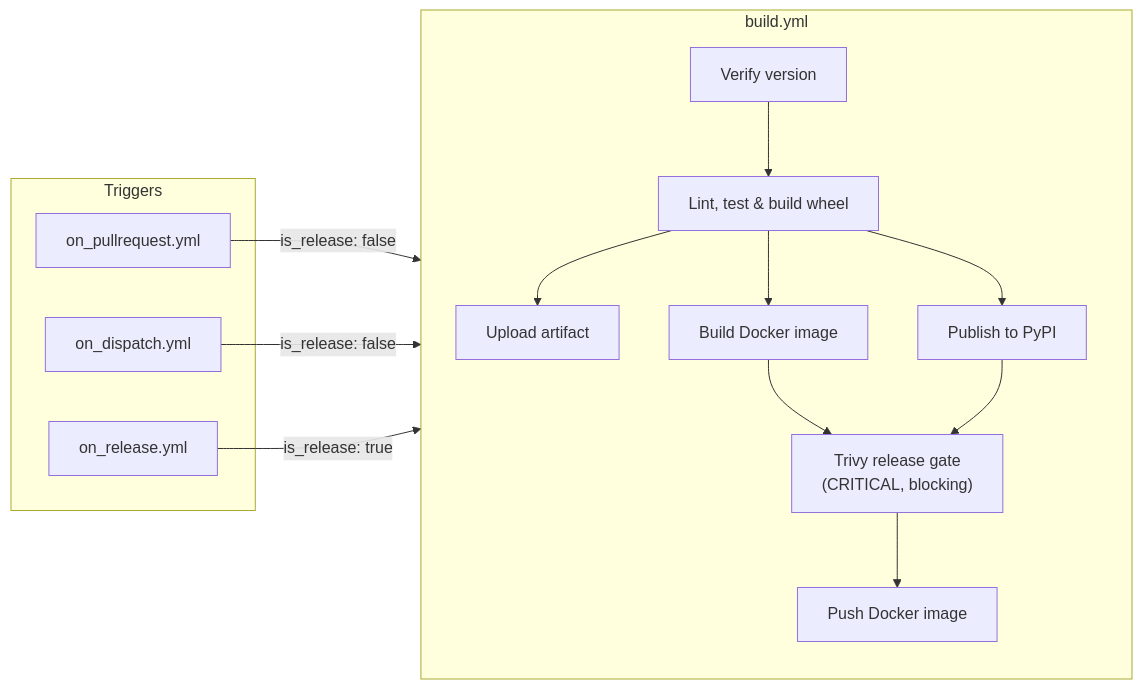
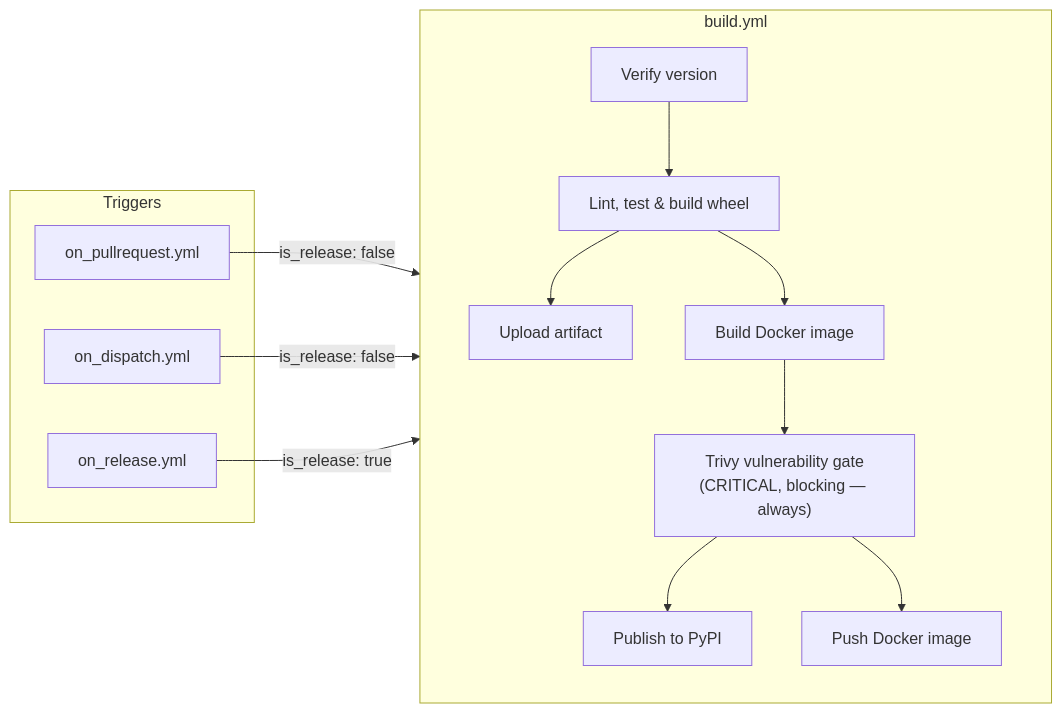
Before and after one commit to ValentinTwin1206/deply-dependency-manager: the diagram in docs/technical-documentation/integration_and_deployment/ci_cd.md, drawn with Mermaid. The commit also changed other lines of this file and 2 other files, not shown here.

````diff
--- a/docs/technical-documentation/integration_and_deployment/ci_cd.md
+++ b/docs/technical-documentation/integration_and_deployment/ci_cd.md
@@ -85,28 +85,28 @@
 ```mermaid
 flowchart LR
   subgraph Triggers
     PR["on_pullrequest.yml"]
     DI["on_dispatch.yml"]
     RE["on_release.yml"]
   end
 
   subgraph "build.yml"
     direction TB
     V["Verify version"]
     B["Lint, test & build wheel"]
     A["Upload artifact"]
     D["Build Docker image"]
+    TG["Trivy vulnerability gate\n(CRITICAL, blocking — always)"]
     P["Publish to PyPI"]
-    TG["Trivy release gate\n(CRITICAL, blocking)"]
     PD["Push Docker image"]
 
     V --> B --> A
     B --> D --> TG
-    B --> P --> TG
+    TG --> P
     TG --> PD
   end
 
   PR -- "is_release: false" --> V
   DI -- "is_release: false" --> V
   RE -- "is_release: true" --> V
 ```
````
